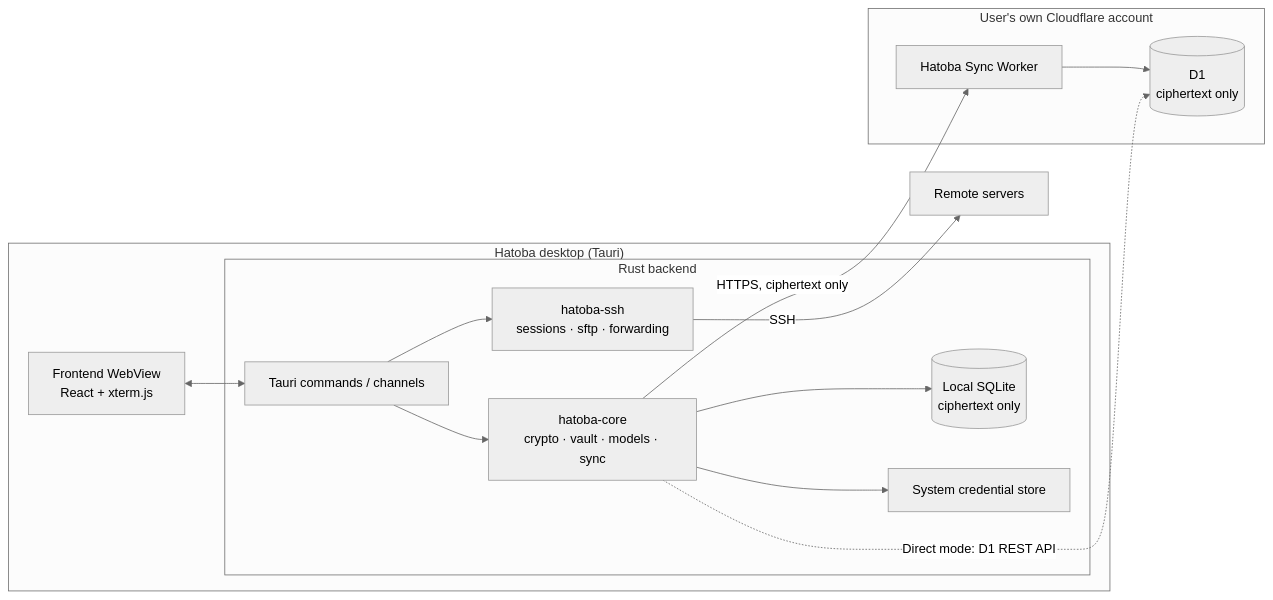
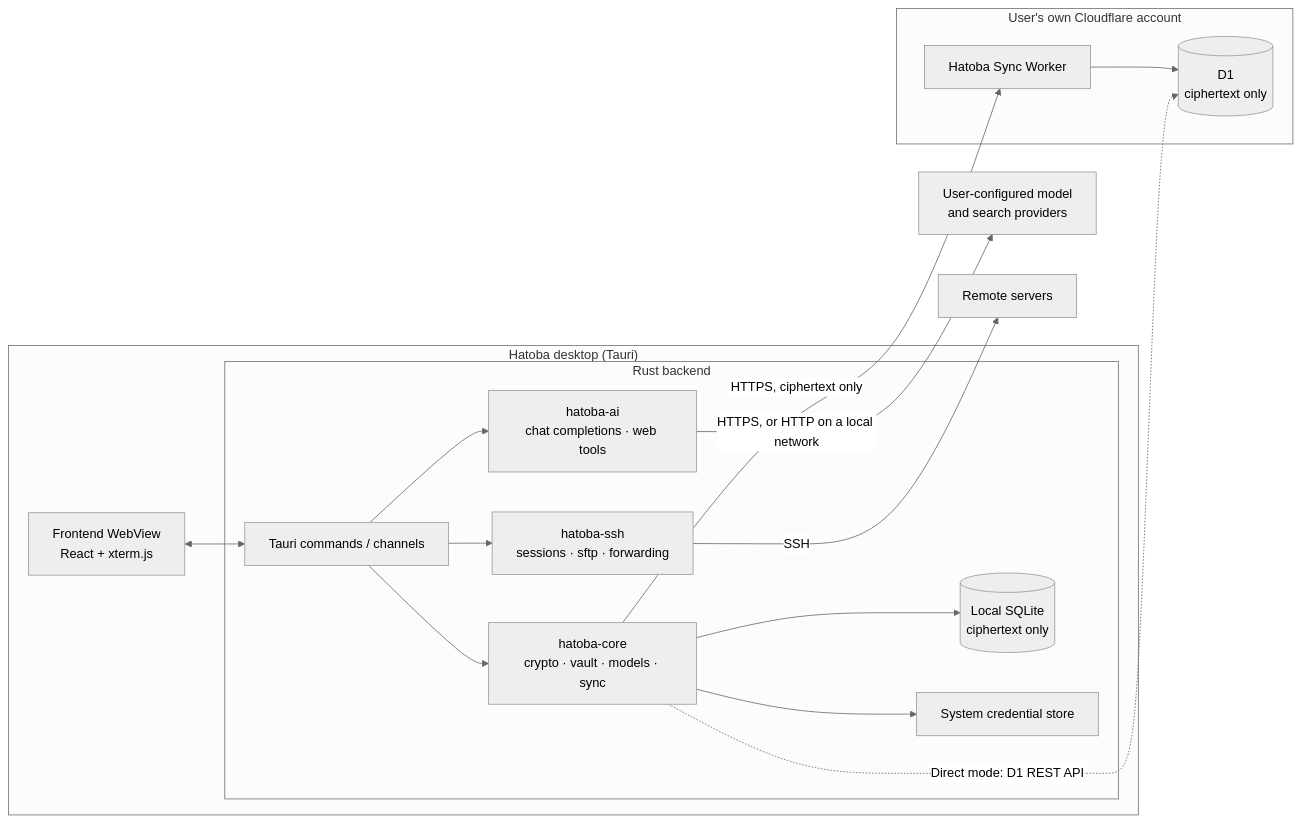
The diagram in docs/hatoba-spec.md (QingYunA/Hatoba), drawn with Mermaid (neutral theme) before and after one commit. The commit also changed other lines of this file and 1 other file, not shown here.

````diff
--- a/docs/hatoba-spec.md
+++ b/docs/hatoba-spec.md
@@ -55,26 +55,29 @@
 ```mermaid
 flowchart LR
   subgraph Desktop["Hatoba desktop (Tauri)"]
     UI["Frontend WebView<br/>React + xterm.js"]
     subgraph Rust["Rust backend"]
       CMD["Tauri commands / channels"]
       CORE["hatoba-core<br/>crypto · vault · models · sync"]
       SSH["hatoba-ssh<br/>sessions · sftp · forwarding"]
+      AI["hatoba-ai<br/>chat completions · web tools"]
       DB[("Local SQLite<br/>ciphertext only")]
       KC["System credential store"]
     end
   end
   subgraph CF["User's own Cloudflare account"]
     W["Hatoba Sync Worker"]
     D1[("D1<br/>ciphertext only")]
   end
   UI <--> CMD
   CMD --> CORE
   CMD --> SSH
+  CMD --> AI
+  AI -->|HTTPS, or HTTP on a local network| Providers["User-configured model<br/>and search providers"]
   CORE --> DB
   CORE --> KC
   SSH -->|SSH| Servers["Remote servers"]
   CORE -->|HTTPS, ciphertext only| W
   W --> D1
   CORE -.->|Direct mode: D1 REST API| D1
 ```
````
